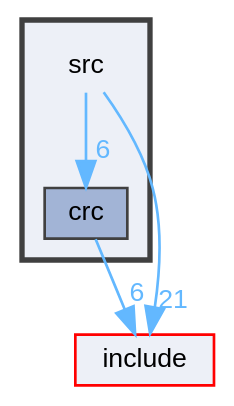
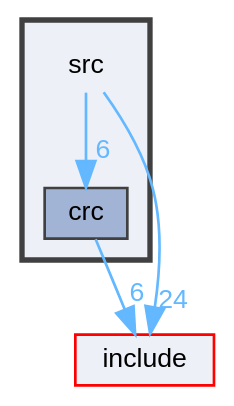
The diagram in dir_68267d1309a1af8e8297ef4c3efbcdba_dep.dot (robinonsay/libjuno), drawn with Graphviz before and after one commit. The commit also changed 174 other files, not shown here.

```diff
--- a/dir_68267d1309a1af8e8297ef4c3efbcdba_dep.dot
+++ b/dir_68267d1309a1af8e8297ef4c3efbcdba_dep.dot
@@ -1,17 +1,17 @@
 digraph "/home/runner/work/libjuno/libjuno/src"
 {
  // LATEX_PDF_SIZE
   bgcolor="transparent";
   edge [fontname=Helvetica,fontsize=10,labelfontname=Helvetica,labelfontsize=10];
   node [fontname=Helvetica,fontsize=10,shape=box,height=0.2,width=0.4];
   compound=true
   subgraph clusterdir_68267d1309a1af8e8297ef4c3efbcdba {
     graph [ bgcolor="#edf0f7", pencolor="grey25", label="", fontname=Helvetica,fontsize=10 style="filled,bold", URL="dir_68267d1309a1af8e8297ef4c3efbcdba.html",tooltip=""]
     dir_68267d1309a1af8e8297ef4c3efbcdba [shape=plaintext, label="src"];
   dir_aaf0231a54e81f715efc83e4edb207e4 [label="crc", fillcolor="#a2b4d6", color="grey25", style="filled", URL="dir_aaf0231a54e81f715efc83e4edb207e4.html",tooltip=""];
   }
   dir_d44c64559bbebec7f509842c48db8b23 [label="include", fillcolor="#edf0f7", color="red", style="filled", URL="dir_d44c64559bbebec7f509842c48db8b23.html",tooltip=""];
-  dir_68267d1309a1af8e8297ef4c3efbcdba->dir_aaf0231a54e81f715efc83e4edb207e4 [headlabel="6", labeldistance=1.5 headhref="dir_000014_000003.html" href="dir_000014_000003.html" color="steelblue1" fontcolor="steelblue1"];
-  dir_68267d1309a1af8e8297ef4c3efbcdba->dir_d44c64559bbebec7f509842c48db8b23 [headlabel="21", labeldistance=1.5 headhref="dir_000014_000005.html" href="dir_000014_000005.html" color="steelblue1" fontcolor="steelblue1"];
-  dir_aaf0231a54e81f715efc83e4edb207e4->dir_d44c64559bbebec7f509842c48db8b23 [headlabel="6", labeldistance=1.5 headhref="dir_000003_000005.html" href="dir_000003_000005.html" color="steelblue1" fontcolor="steelblue1"];
+  dir_68267d1309a1af8e8297ef4c3efbcdba->dir_aaf0231a54e81f715efc83e4edb207e4 [headlabel="6", labeldistance=1.5 headhref="dir_000015_000003.html" href="dir_000015_000003.html" color="steelblue1" fontcolor="steelblue1"];
+  dir_68267d1309a1af8e8297ef4c3efbcdba->dir_d44c64559bbebec7f509842c48db8b23 [headlabel="24", labeldistance=1.5 headhref="dir_000015_000006.html" href="dir_000015_000006.html" color="steelblue1" fontcolor="steelblue1"];
+  dir_aaf0231a54e81f715efc83e4edb207e4->dir_d44c64559bbebec7f509842c48db8b23 [headlabel="6", labeldistance=1.5 headhref="dir_000003_000006.html" href="dir_000003_000006.html" color="steelblue1" fontcolor="steelblue1"];
 }
```
